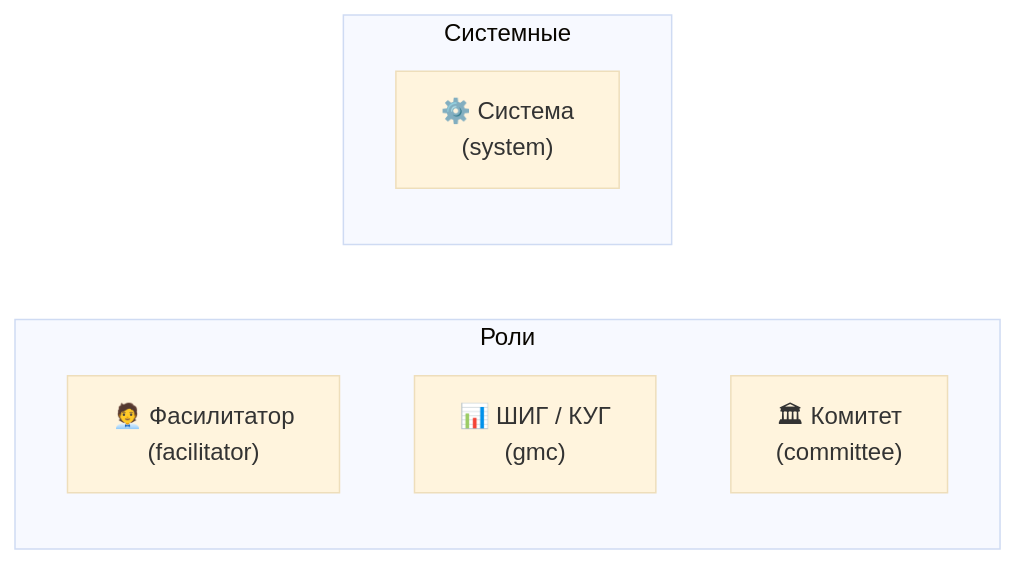
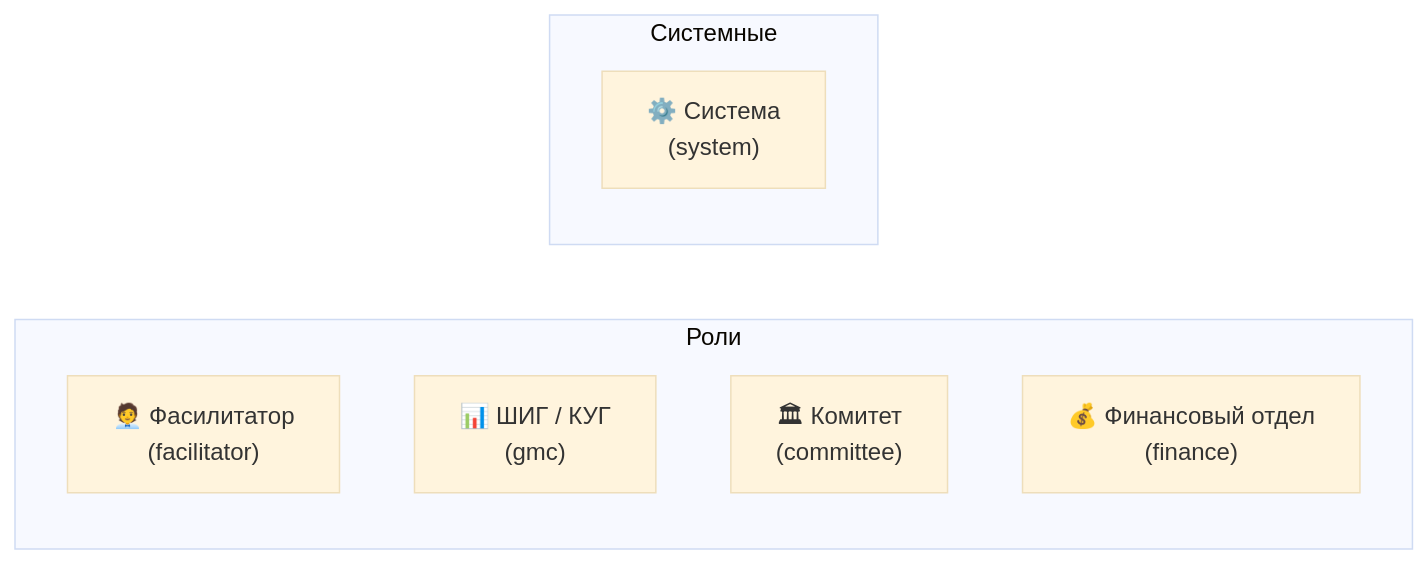
One commit to firka-kh/eip-test changed the first of 5 diagrams in docs/ACCESS-CONTROL.md. Above: the diagram before and after it, drawn with Mermaid (base theme). The commit also changed other lines of this file, not shown here.

````diff
--- a/docs/ACCESS-CONTROL.md
+++ b/docs/ACCESS-CONTROL.md
@@ -14,12 +14,13 @@
 ```mermaid
 graph LR
     subgraph "Роли"
         F["🧑‍💼 Фасилитатор<br/>(facilitator)"]
         G["📊 ШИГ / КУГ<br/>(gmc)"]
         C["🏛 Комитет<br/>(committee)"]
+        FIN["💰 Финансовый отдел<br/>(finance)"]
     end
 
     subgraph "Системные"
         S["⚙️ Система<br/>(system)"]
     end
 ```
````
